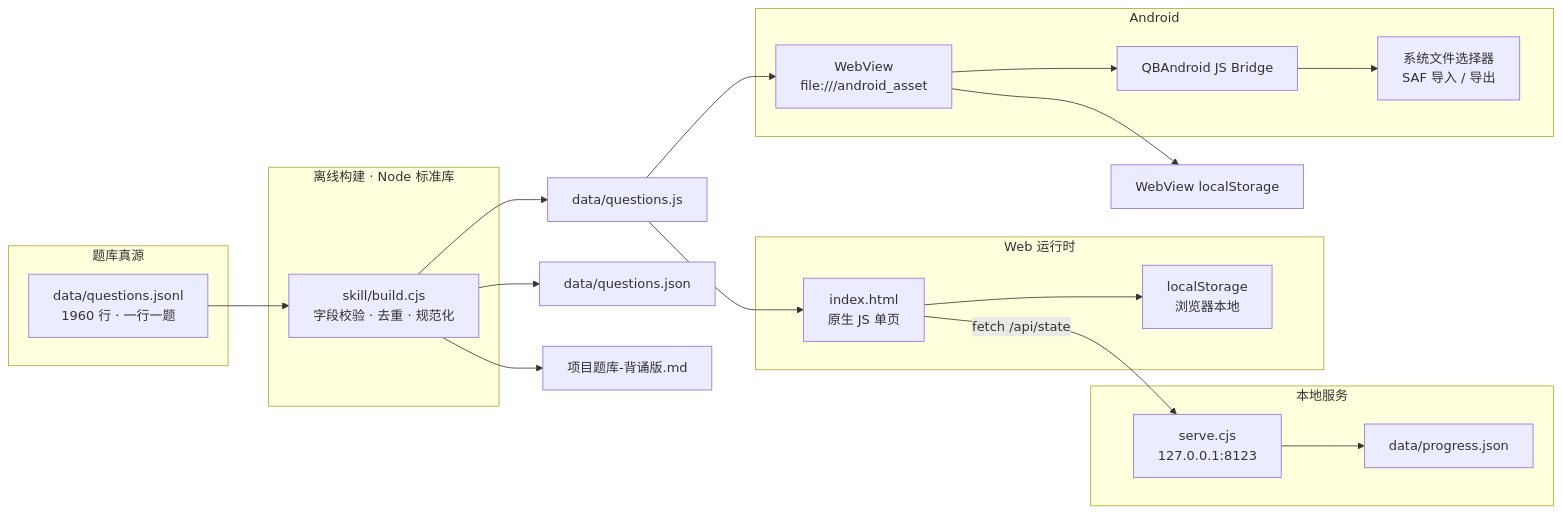
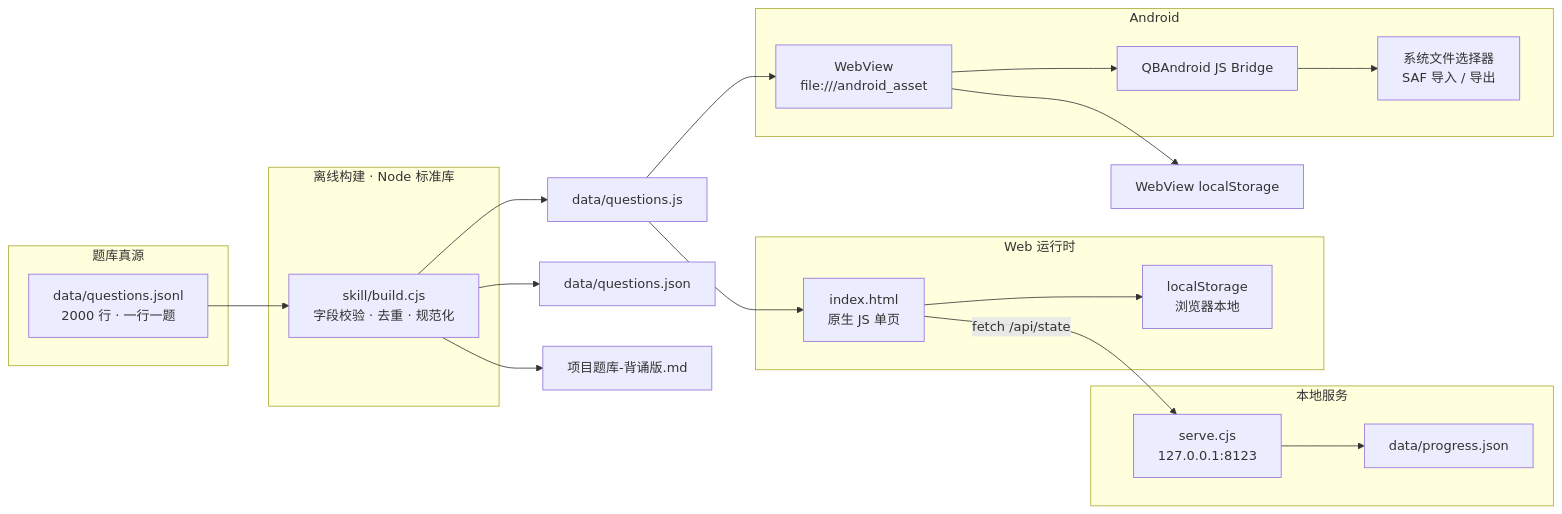
The diagram in README.md (lookforwardforever/question-bank), drawn with Mermaid before and after one commit. The commit also changed other lines of this file and 9 other files, not shown here.

````diff
--- a/README.md
+++ b/README.md
@@ -245,41 +245,41 @@
 ```mermaid
 flowchart LR
     subgraph SRC["题库真源"]
-        J["data/questions.jsonl<br/>1960 行 · 一行一题"]
+        J["data/questions.jsonl<br/>2000 行 · 一行一题"]
     end
 
     subgraph BUILD["离线构建 · Node 标准库"]
         B["skill/build.cjs<br/>字段校验 · 去重 · 规范化"]
     end
 
     subgraph WEB["Web 运行时"]
         H["index.html<br/>原生 JS 单页"]
         LS["localStorage<br/>浏览器本地"]
     end
 
     subgraph SERVER["本地服务"]
         S["serve.cjs<br/>127.0.0.1:8123"]
         P["data/progress.json"]
     end
 
     subgraph ANDROID["Android"]
         W["WebView<br/>file:///android_asset"]
         BR["QBAndroid JS Bridge"]
         SAF["系统文件选择器<br/>SAF 导入 / 导出"]
     end
 
     J --> B
     B --> QJS["data/questions.js"]
     B --> QJ["data/questions.json"]
     B --> MD["项目题库-背诵版.md"]
 
     QJS --> H
     H --> LS
     H -->|"fetch /api/state"| S
     S --> P
 
     QJS --> W
     W --> LS2["WebView localStorage"]
     W --> BR
     BR --> SAF
 ```
````
